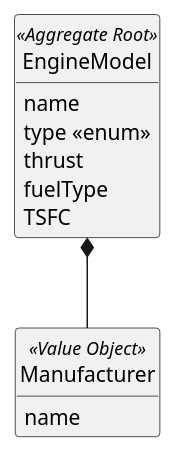
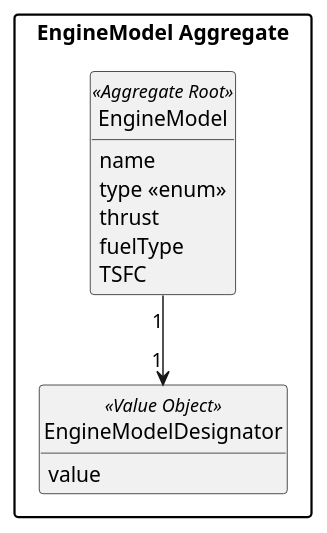
Before and after one commit to GustavoFerreira24/flight-management-platform: the diagram in docs/global-artifacts/02.analysis/puml/Aggregates/EngineModelAggregate.puml, drawn with PlantUML. The commit also changed 6 other files, not shown here.

```diff
--- a/docs/global-artifacts/02.analysis/puml/Aggregates/EngineModelAggregate.puml
+++ b/docs/global-artifacts/02.analysis/puml/Aggregates/EngineModelAggregate.puml
@@ -1,24 +1,27 @@
 @startuml
 skinparam monochrome true
 skinparam packageStyle rectangle
 skinparam shadowing false
 skinparam classAttributeIconSize 0
 hide circle
 hide methods
 
-class EngineModel <<Aggregate Root>> {
-    name
-    type <<enum>>
-    thrust
-    fuelType
-    TSFC
+package "EngineModel Aggregate" {
+
+    class EngineModel <<Aggregate Root>> {
+        name
+        type <<enum>>
+        thrust
+        fuelType
+        TSFC
+    }
+
+    class EngineModelDesignator <<Value Object>> {
+        value
+    }
+
+    EngineModel "1" --> "1" EngineModelDesignator
+
 }
 
-class Manufacturer <<Value Object>> {
-    name
-}
-
-' Relação de composição
-EngineModel *-- Manufacturer
-
 @enduml
```
